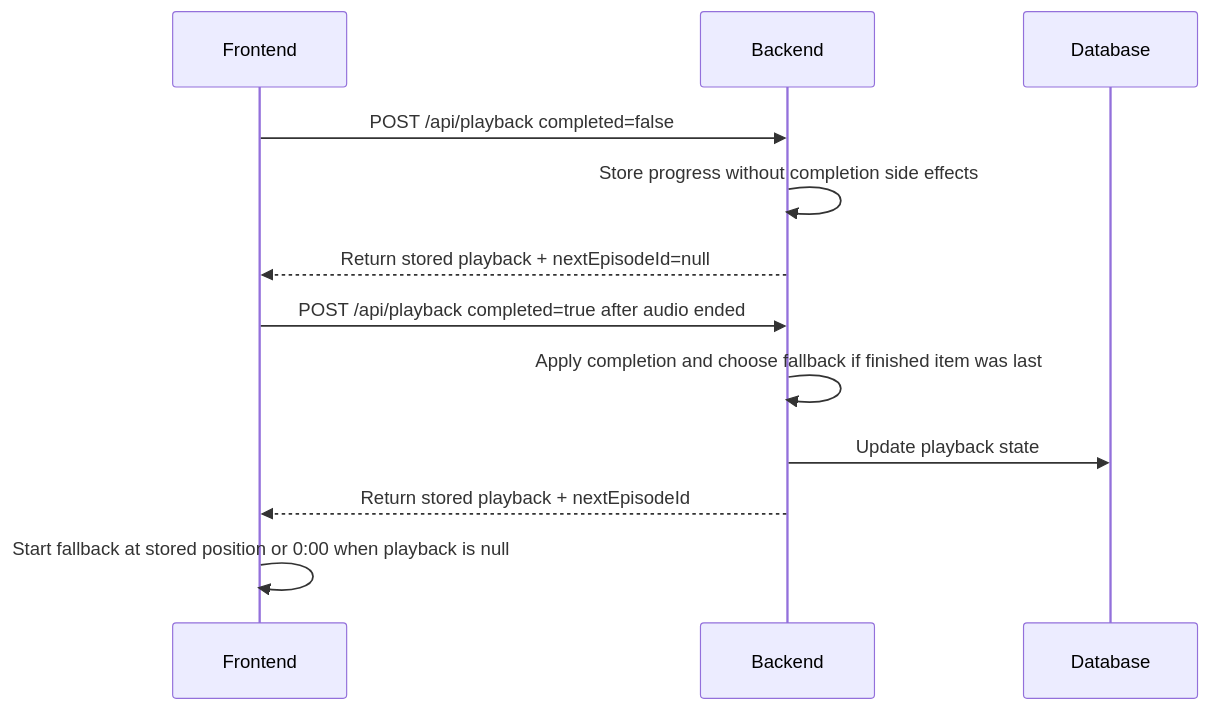
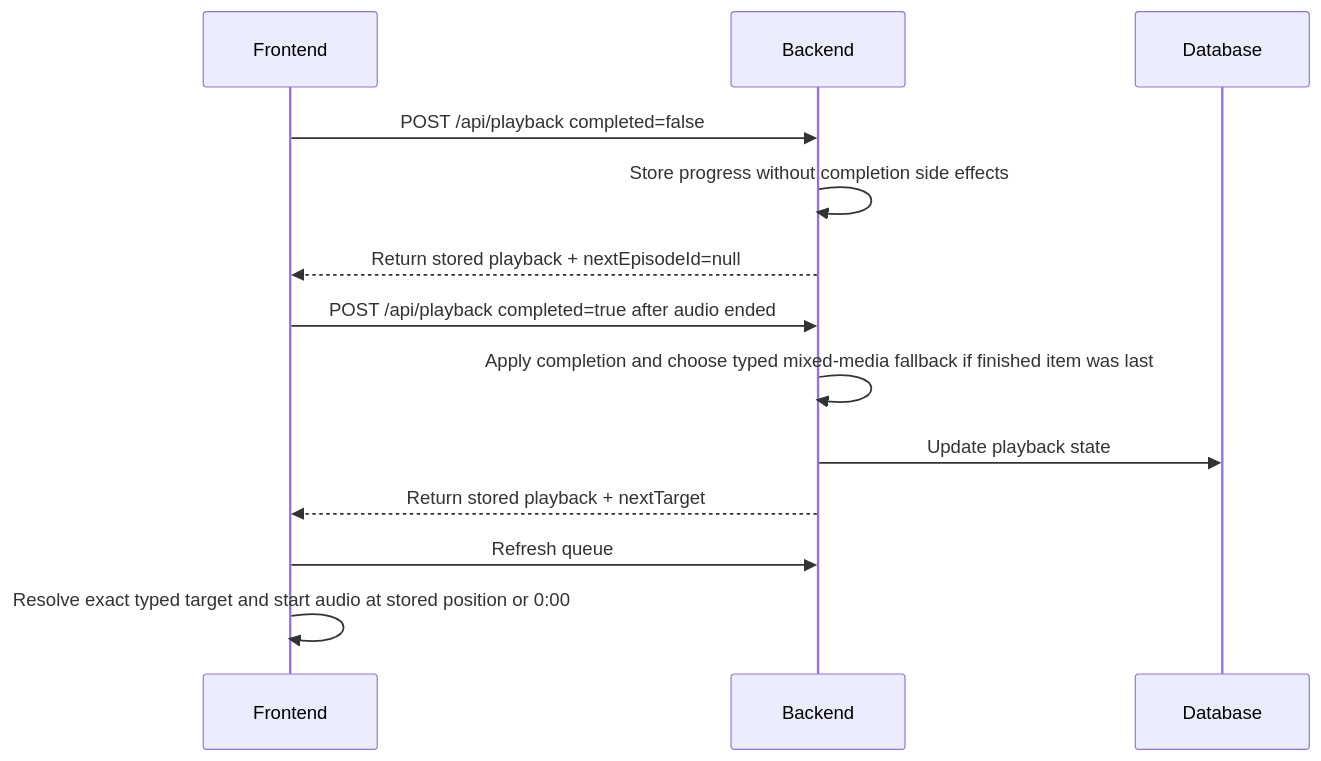
One commit to alnat2/mpod changed the fifth of 5 diagrams in docs/architecture.md. Above: the diagram before and after it, drawn with Mermaid. The commit also changed other lines of this file and 12 other files, not shown here.

Commit message:
fix mixed playlist completion fallback

````diff
--- a/docs/architecture.md
+++ b/docs/architecture.md
@@ -413,15 +414,16 @@
 ```mermaid
 sequenceDiagram
   participant F as Frontend
   participant B as Backend
   participant D as Database
 
   F->>B: POST /api/playback completed=false
   B->>B: Store progress without completion side effects
   B-->>F: Return stored playback + nextEpisodeId=null
   F->>B: POST /api/playback completed=true after audio ended
-  B->>B: Apply completion and choose fallback if finished item was last
+  B->>B: Apply completion and choose typed mixed-media fallback if finished item was last
   B->>D: Update playback state
-  B-->>F: Return stored playback + nextEpisodeId
-  F->>F: Start fallback at stored position or 0:00 when playback is null
+  B-->>F: Return stored playback + nextTarget
+  F->>B: Refresh queue
+  F->>F: Resolve exact typed target and start audio at stored position or 0:00
 ```
````
